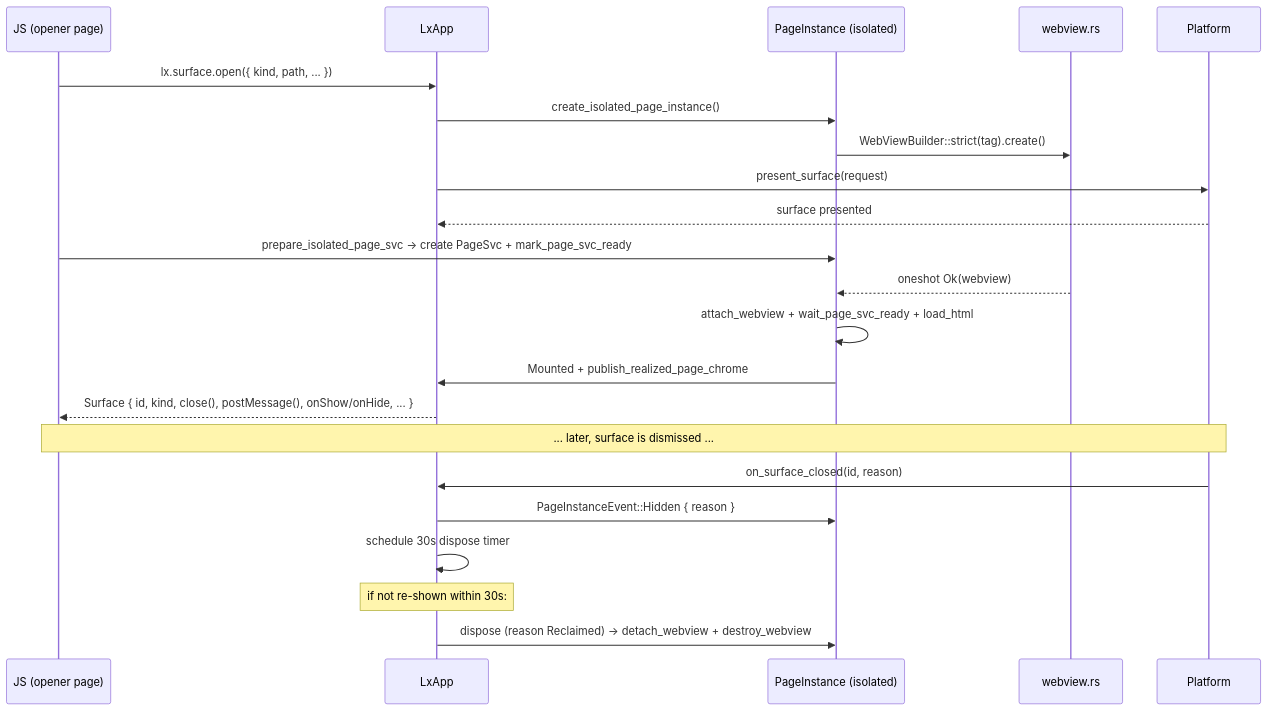
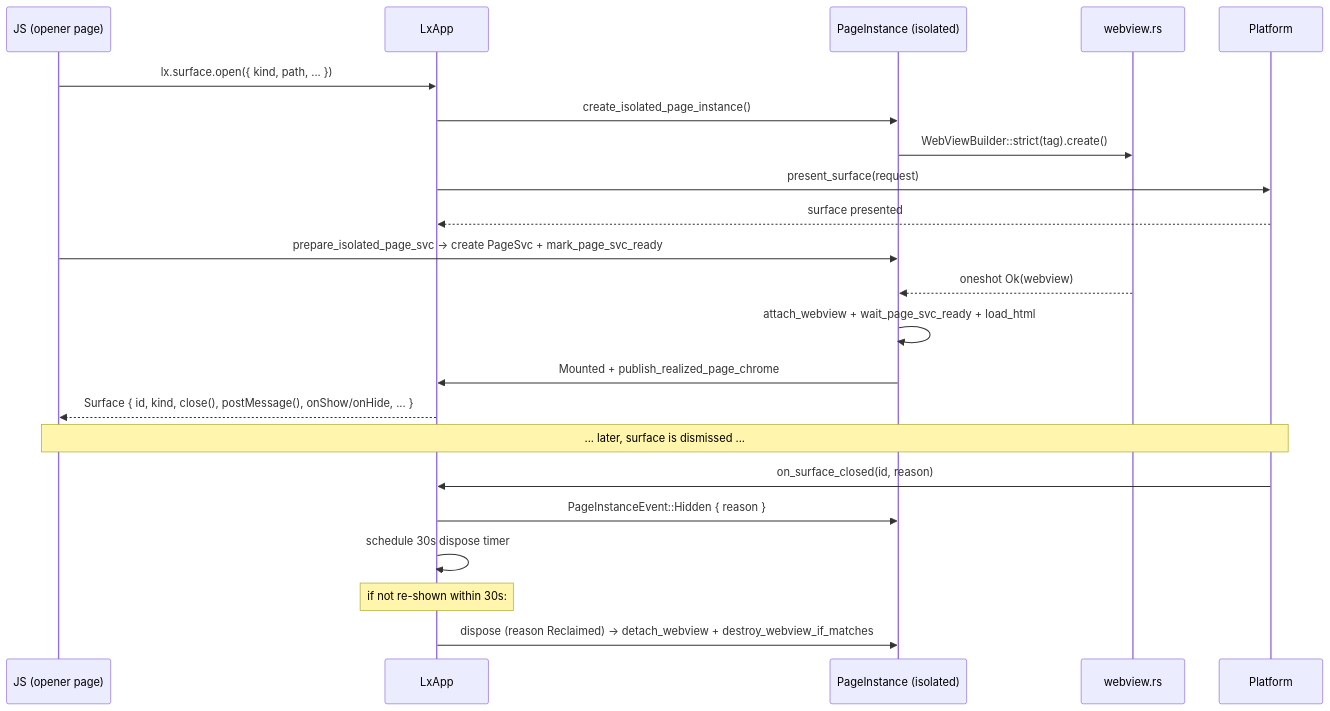
One commit to LingXia-Dev/LingXia changed the second of 5 diagrams in docs/internal/webview-lifecycle.md. Above: the diagram before and after it, drawn with Mermaid. The commit also changed other lines of this file and 30 other files, not shown here.

````diff
--- a/docs/internal/webview-lifecycle.md
+++ b/docs/internal/webview-lifecycle.md
@@ -844,27 +848,27 @@
 ```mermaid
 sequenceDiagram
   participant JS as JS (opener page)
   participant LxApp
   participant PI as PageInstance (isolated)
   participant Core as webview.rs
   participant Platform
 
   JS->>LxApp: lx.surface.open({ kind, path, ... })
   LxApp->>PI: create_isolated_page_instance()
   PI->>Core: WebViewBuilder::strict(tag).create()
   LxApp->>Platform: present_surface(request)
   Platform-->>LxApp: surface presented
   JS->>PI: prepare_isolated_page_svc → create PageSvc + mark_page_svc_ready
   Core-->>PI: oneshot Ok(webview)
   PI->>PI: attach_webview + wait_page_svc_ready + load_html
   PI->>LxApp: Mounted + publish_realized_page_chrome
   LxApp-->>JS: Surface { id, kind, close(), postMessage(), onShow/onHide, ... }
 
   Note over JS,Platform: ... later, surface is dismissed ...
 
   Platform->>LxApp: on_surface_closed(id, reason)
   LxApp->>PI: PageInstanceEvent::Hidden { reason }
   LxApp->>LxApp: schedule 30s dispose timer
   Note over LxApp: if not re-shown within 30s:
-  LxApp->>PI: dispose (reason Reclaimed) → detach_webview + destroy_webview
+  LxApp->>PI: dispose (reason Reclaimed) → detach_webview + destroy_webview_if_matches
 ```
````
